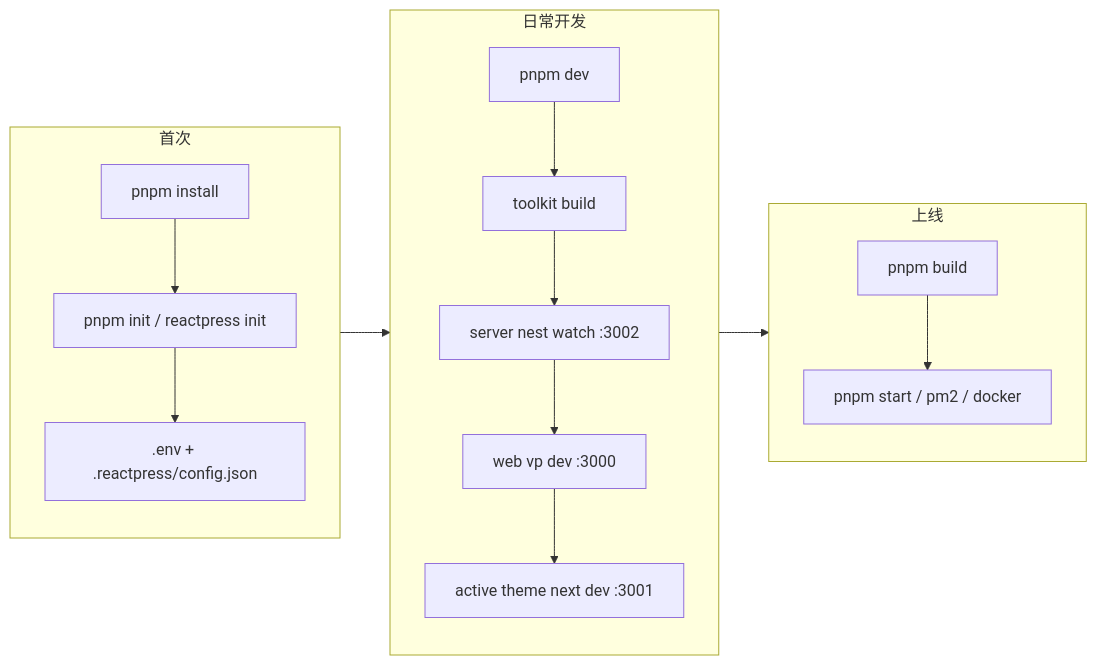
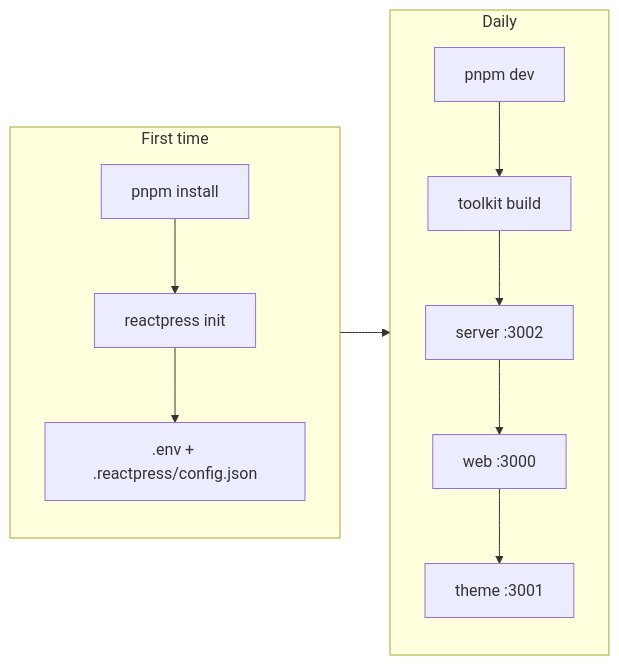
Before and after one commit to fecommunity/reactpress: the seventh of 8 diagrams in ARCHITECTURE.md, drawn with Mermaid. The commit also changed other lines of this file and 4 other files, not shown here.

Commit message:
docs: merge design.md into ARCHITECTURE.md, update content structure and enhance clarity for ReactPress 4.0 documentation

````diff
--- a/ARCHITECTURE.md
+++ b/ARCHITECTURE.md
@@ -628,18 +933,14 @@
 ```mermaid
 flowchart LR
-  subgraph init [首次]
-    A[pnpm install] --> B[pnpm init / reactpress init]
+  subgraph init [First time]
+    A[pnpm install] --> B[reactpress init]
     B --> C[.env + .reactpress/config.json]
   end
-  subgraph dev [日常开发]
+  subgraph dev [Daily]
     D[pnpm dev] --> E[toolkit build]
-    E --> F[server nest watch :3002]
-    F --> G[web vp dev :3000]
-    G --> H[active theme next dev :3001]
-  end
-  subgraph ship [上线]
-    I[pnpm build] --> J[pnpm start / pm2 / docker]
+    E --> F[server :3002]
+    F --> G[web :3000]
+    G --> H[theme :3001]
   end
   init --> dev
-  dev --> ship
 ```
````
